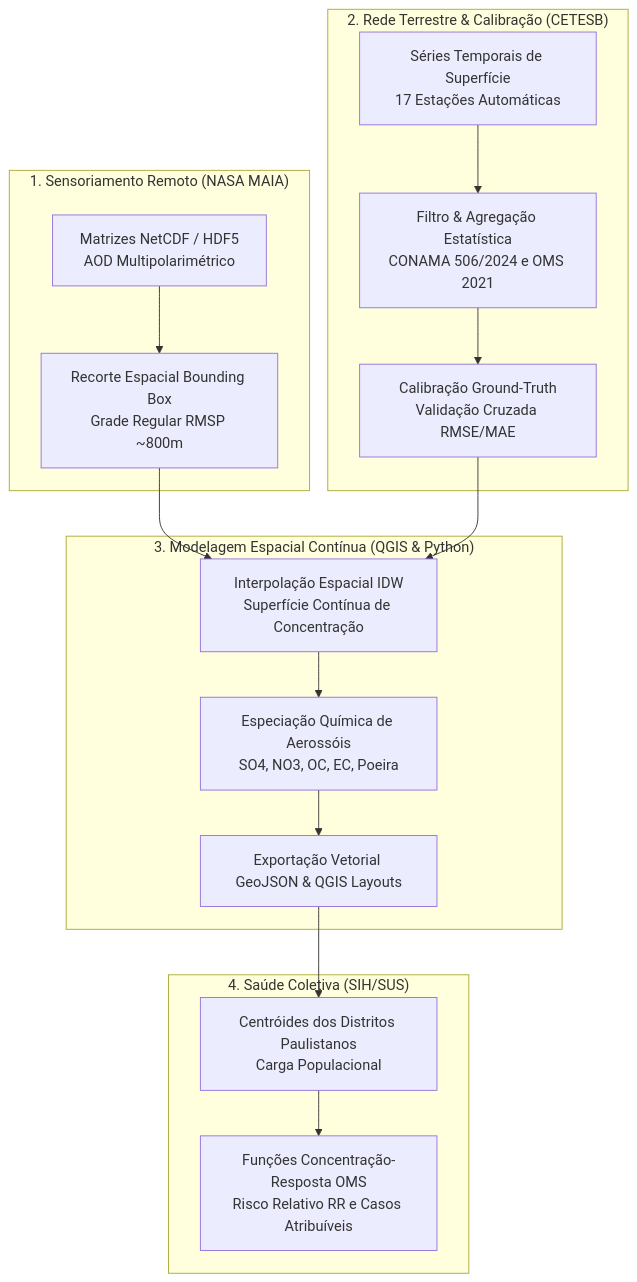
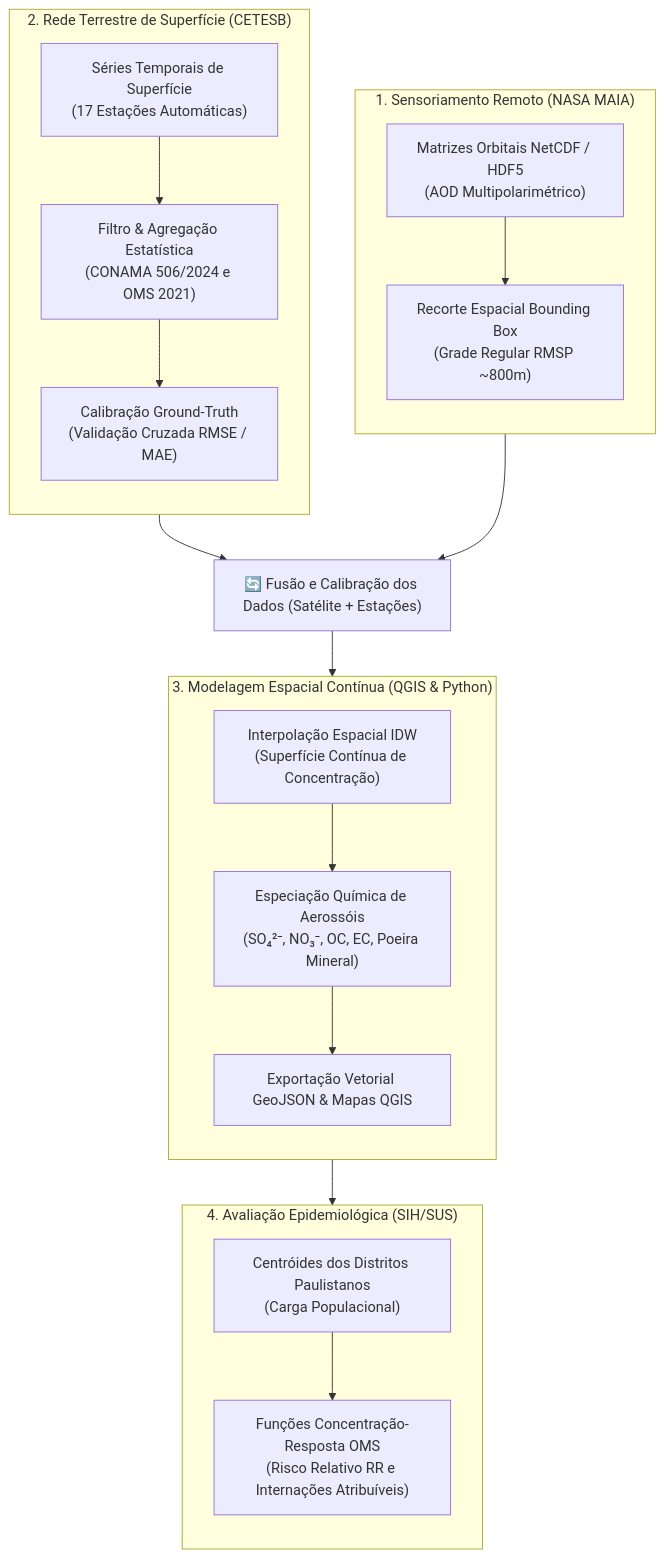
Before and after one commit to f1scher01/cetesb-air-quality-sp: the diagram in README.md, drawn with Mermaid. The commit also changed other lines of this file and 2 other files, not shown here.

Commit message:
fix(layout): eliminar sobreposicoes no mapa integrado, ajustar espacamento e corrigir diagrama mermaid

````diff
--- a/README.md
+++ b/README.md
@@ -20,22 +20,39 @@
 ```mermaid
 flowchart TD
-    subgraph SATELLITE["1. Sensoriamento Remoto (NASA MAIA)"]
-        A[Matrizes NetCDF / HDF5<br>AOD Multipolarimétrico] --> B[Recorte Espacial Bounding Box<br>Grade Regular RMSP ~800m]
+    subgraph ETAPA1 ["1. Sensoriamento Remoto (NASA MAIA)"]
+        direction TB
+        A["Matrizes Orbitais NetCDF / HDF5<br>(AOD Multipolarimétrico)"]
+        B["Recorte Espacial Bounding Box<br>(Grade Regular RMSP ~800m)"]
+        A --> B
     end
 
-    subgraph SURFACE["2. Rede Terrestre & Calibração (CETESB)"]
-        C[Séries Temporais de Superfície<br>17 Estações Automáticas] --> D[Filtro & Agregação Estatística<br>CONAMA 506/2024 e OMS 2021]
-        D --> E[Calibração Ground-Truth<br>Validação Cruzada RMSE/MAE]
+    subgraph ETAPA2 ["2. Rede Terrestre de Superfície (CETESB)"]
+        direction TB
+        C["Séries Temporais de Superfície<br>(17 Estações Automáticas)"]
+        D["Filtro & Agregação Estatística<br>(CONAMA 506/2024 e OMS 2021)"]
+        E["Calibração Ground-Truth<br>(Validação Cruzada RMSE / MAE)"]
+        C --> D --> E
     end
 
-    subgraph GIS["3. Modelagem Espacial Contínua (QGIS & Python)"]
-        B & E --> F[Interpolação Espacial IDW<br>Superfície Contínua de Concentração]
-        F --> G[Especiação Química de Aerossóis<br>SO4, NO3, OC, EC, Poeira]
-        G --> H[Exportação Vetorial GeoJSON & QGIS Layouts]
+    B --> FUSAO["🔄 Fusão e Calibração dos Dados (Satélite + Estações)"]
+    E --> FUSAO
+
+    subgraph ETAPA3 ["3. Modelagem Espacial Contínua (QGIS & Python)"]
+        direction TB
+        F["Interpolação Espacial IDW<br>(Superfície Contínua de Concentração)"]
+        G["Especiação Química de Aerossóis<br>(SO₄²⁻, NO₃⁻, OC, EC, Poeira Mineral)"]
+        H["Exportação Vetorial GeoJSON & Mapas QGIS"]
+        F --> G --> H
     end
 
-    subgraph HEALTH["4. Saúde Coletiva (SIH/SUS)"]
-        H --> I[Centróides dos Distritos Paulistanos<br>Carga Populacional]
-        I --> J[Funções Concentração-Resposta OMS<br>Risco Relativo RR e Casos Atribuíveis]
+    FUSAO --> F
+
+    subgraph ETAPA4 ["4. Avaliação Epidemiológica (SIH/SUS)"]
+        direction TB
+        I["Centróides dos Distritos Paulistanos<br>(Carga Populacional)"]
+        J["Funções Concentração-Resposta OMS<br>(Risco Relativo RR e Internações Atribuíveis)"]
+        I --> J
     end
+
+    H --> I
 ```
````
